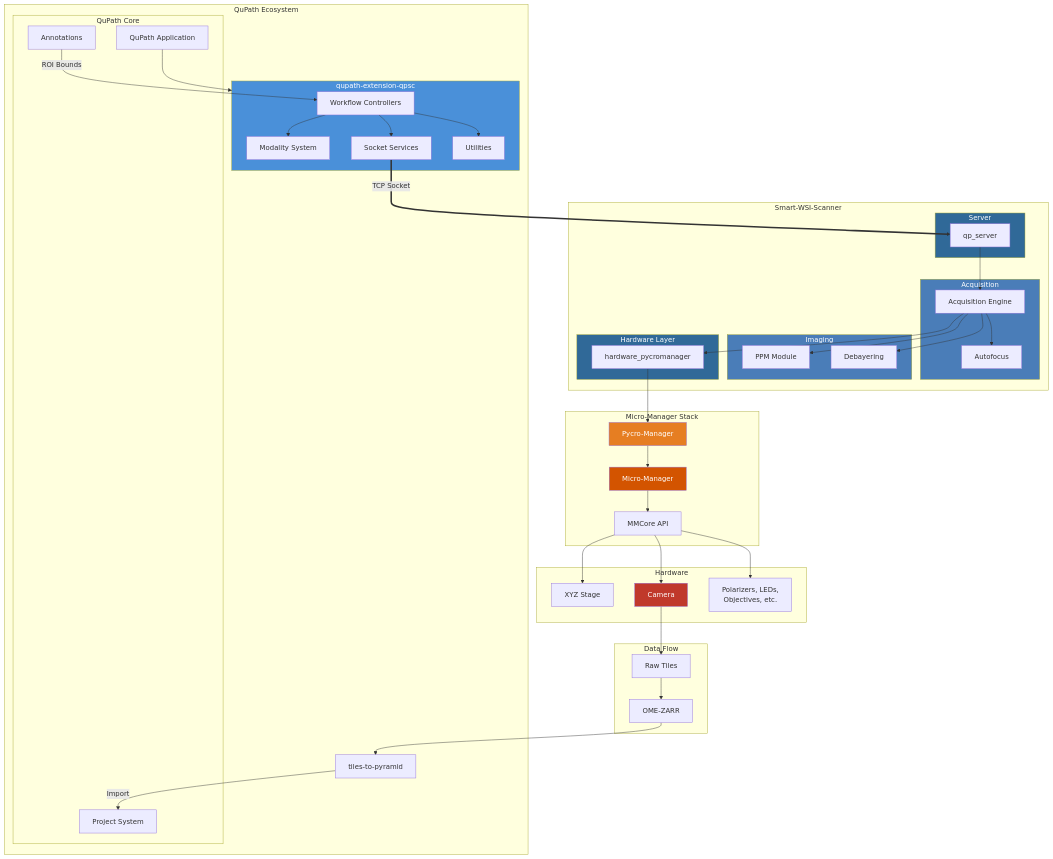
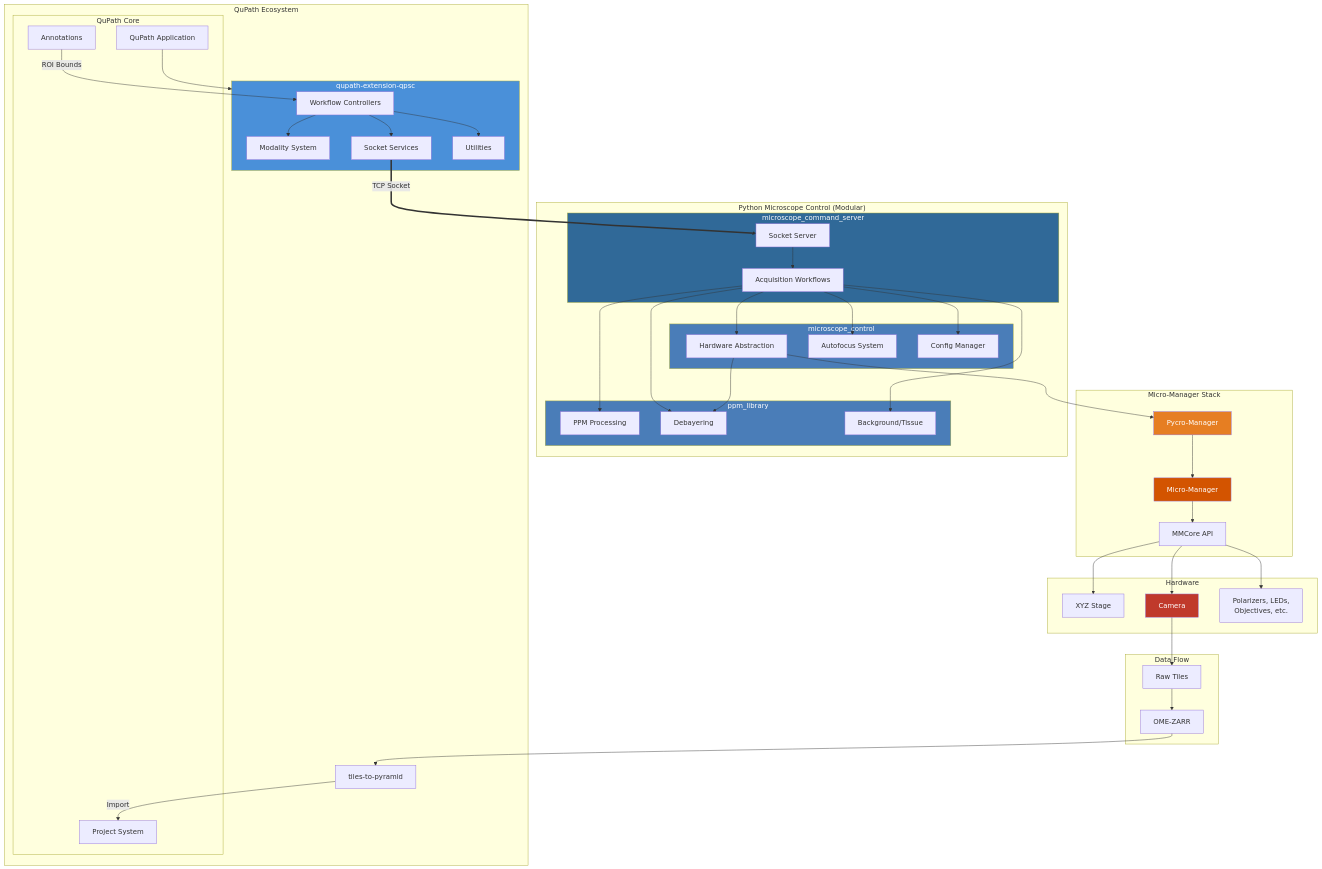
One commit to uw-loci/QPSC changed the second of 4 diagrams in README.md. Above: the diagram before and after it, drawn with Mermaid. The commit also changed other lines of this file, not shown here.

First line of the commit message:
Update documentation to reflect modular Python architecture

```diff
--- a/README.md
+++ b/README.md
@@ -98,20 +118,20 @@
         T2P["tiles-to-pyramid"]
     end
 
-    subgraph PythonStack["Smart-WSI-Scanner"]
-        subgraph Server["Server"]
-            QPSrv["qp_server"]
+    subgraph PythonStack["Python Microscope Control (Modular)"]
+        subgraph ServerPkg["microscope_command_server"]
+            QPSrv["Socket Server"]
+            AcqEng["Acquisition Workflows"]
         end
-        subgraph Acquisition["Acquisition"]
-            AcqEng["Acquisition Engine"]
-            AF["Autofocus"]
+        subgraph ControlPkg["microscope_control"]
+            HWPy["Hardware Abstraction"]
+            AF["Autofocus System"]
+            ConfigMgr["Config Manager"]
         end
-        subgraph Imaging["Imaging"]
-            PPM["PPM Module"]
+        subgraph PPMPkg["ppm_library"]
+            PPMProc["PPM Processing"]
             Debayer["Debayering"]
-        end
-        subgraph HWLayer["Hardware Layer"]
-            HWPy["hardware_pycromanager"]
+            Imaging["Background/Tissue"]
         end
     end
 
@@ -141,12 +161,15 @@
     Svc ==>|"TCP Socket"| QPSrv
 
     QPSrv --> AcqEng
+    AcqEng --> HWPy
     AcqEng --> AF
-    AcqEng --> PPM
+    AcqEng --> ConfigMgr
+    AcqEng --> PPMProc
     AcqEng --> Debayer
-    AcqEng --> HWPy
+    AcqEng --> Imaging
 
     HWPy --> PyCro
+    HWPy --> Debayer
     PyCro --> MicroM
     MicroM --> MMCore
     MMCore --> Stage
@@ -160,10 +183,9 @@
 
     %% Styling
     style QPSC fill:#4A90D9,color:#fff
-    style Server fill:#306998,color:#fff
-    style Acquisition fill:#4A7DB8,color:#fff
-    style Imaging fill:#4A7DB8,color:#fff
-    style HWLayer fill:#306998,color:#fff
+    style ServerPkg fill:#306998,color:#fff
+    style ControlPkg fill:#4A7DB8,color:#fff
+    style PPMPkg fill:#4A7DB8,color:#fff
     style PyCro fill:#E67E22,color:#fff
     style MicroM fill:#D35400,color:#fff
     style Cam fill:#C0392B,color:#fff
@@ -180,13 +202,15 @@
     click Utils "https://github.com/uw-loci/qupath-extension-qpsc/tree/main/src/main/java/qupath/ext/qpsc/utilities" "Utilities"
     click T2P "https://github.com/uw-loci/qupath-extension-tiles-to-pyramid" "Tiles to Pyramid Extension"
 
-    %% Clickable links - Python Server
-    click QPSrv "https://github.com/JenuC/smart-wsi-scanner/blob/master/src/smart_wsi_scanner/qp_server.py" "Socket Server"
-    click AcqEng "https://github.com/JenuC/smart-wsi-scanner/tree/master/src/smart_wsi_scanner/acquisition" "Acquisition Engine"
-    click AF "https://github.com/JenuC/smart-wsi-scanner/tree/master/src/smart_wsi_scanner/autofocus" "Autofocus Module"
-    click PPM "https://github.com/JenuC/smart-wsi-scanner/tree/master/src/smart_wsi_scanner/ppm" "PPM Module"
-    click Debayer "https://github.com/JenuC/smart-wsi-scanner/tree/master/src/smart_wsi_scanner/debayering" "Debayering Module"
-    click HWPy "https://github.com/JenuC/smart-wsi-scanner/blob/master/src/smart_wsi_scanner/hardware_pycromanager.py" "Hardware Abstraction"
+    %% Clickable links - Python Microscope Control
+    click QPSrv "https://github.com/uw-loci/microscope_command_server/blob/main/server/qp_server.py" "Socket Server"
+    click AcqEng "https://github.com/uw-loci/microscope_command_server/tree/main/acquisition" "Acquisition Workflows"
+    click HWPy "https://github.com/uw-loci/microscope_control/tree/main/hardware" "Hardware Abstraction"
+    click AF "https://github.com/uw-loci/microscope_control/tree/main/autofocus" "Autofocus System"
+    click ConfigMgr "https://github.com/uw-loci/microscope_control/blob/main/config/manager.py" "Config Manager"
+    click PPMProc "https://github.com/uw-loci/ppm_library/tree/main/ppm" "PPM Processing"
+    click Debayer "https://github.com/uw-loci/ppm_library/tree/main/debayering" "Debayering"
+    click Imaging "https://github.com/uw-loci/ppm_library/tree/main/imaging" "Background/Tissue Detection"
 
     %% Clickable links - External
     click PyCro "https://pycro-manager.readthedocs.io/" "Pycro-Manager Documentation"
```
